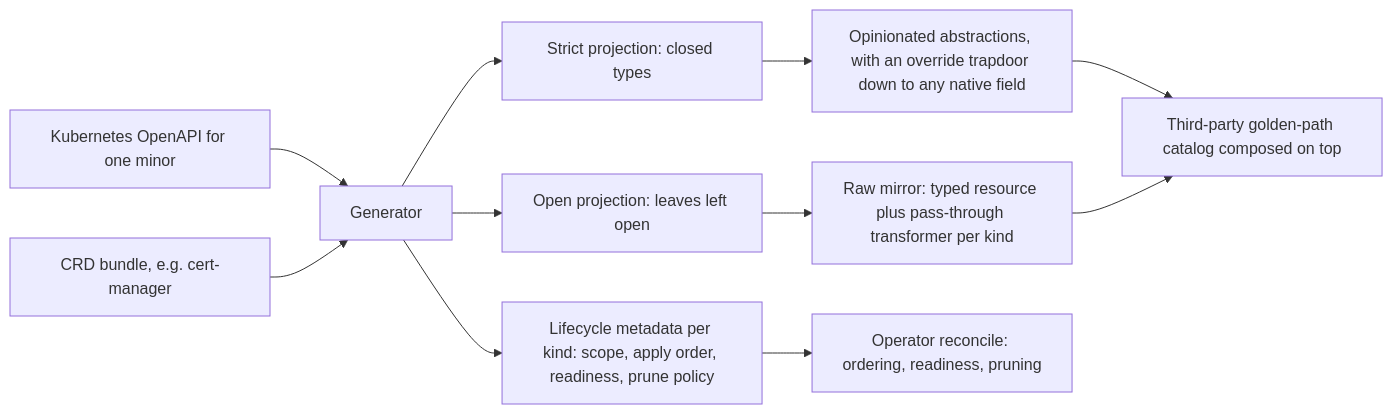
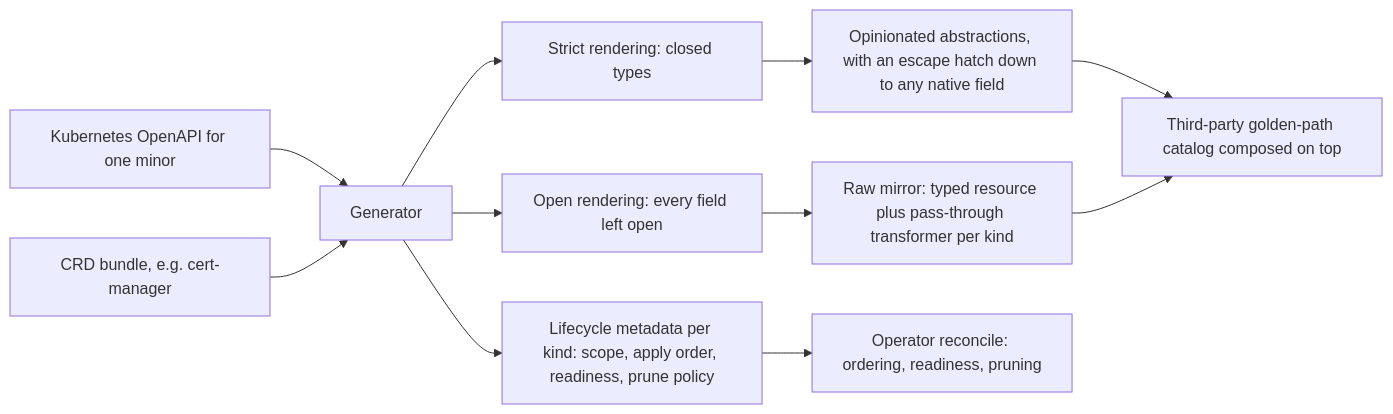
One commit to open-platform-model/enhancements changed the diagram in 0005/README.md. Above: the diagram before and after it, drawn with Mermaid. The commit also changed other lines of this file and 37 other files, not shown here.

````diff
--- a/0005/README.md
+++ b/0005/README.md
@@ -17,13 +23,13 @@
 ```mermaid
 flowchart LR
     k8sapi["Kubernetes OpenAPI for one minor"] --> gen
     crds["CRD bundle, e.g. cert-manager"] --> gen
-    gen["Generator"] --> strict["Strict projection: closed types"]
-    gen --> loose["Open projection: leaves left open"]
+    gen["Generator"] --> strict["Strict rendering: closed types"]
+    gen --> loose["Open rendering: every field left open"]
     gen --> meta["Lifecycle metadata per kind: scope, apply order, readiness, prune policy"]
-    strict --> abstractions["Opinionated abstractions, with an override trapdoor down to any native field"]
+    strict --> abstractions["Opinionated abstractions, with an escape hatch down to any native field"]
     loose --> mirror["Raw mirror: typed resource plus pass-through transformer per kind"]
     meta --> reconcile["Operator reconcile: ordering, readiness, pruning"]
     abstractions --> golden["Third-party golden-path catalog composed on top"]
     mirror --> golden
 ```
````
